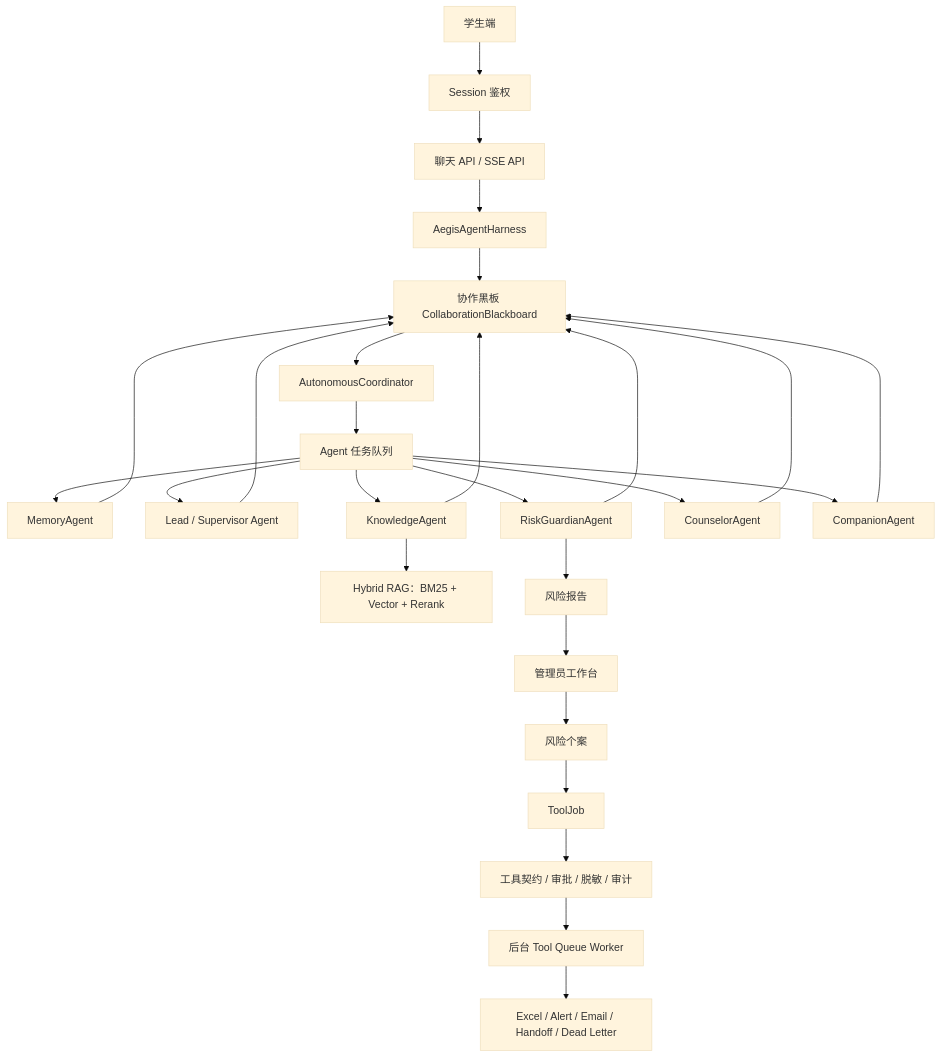
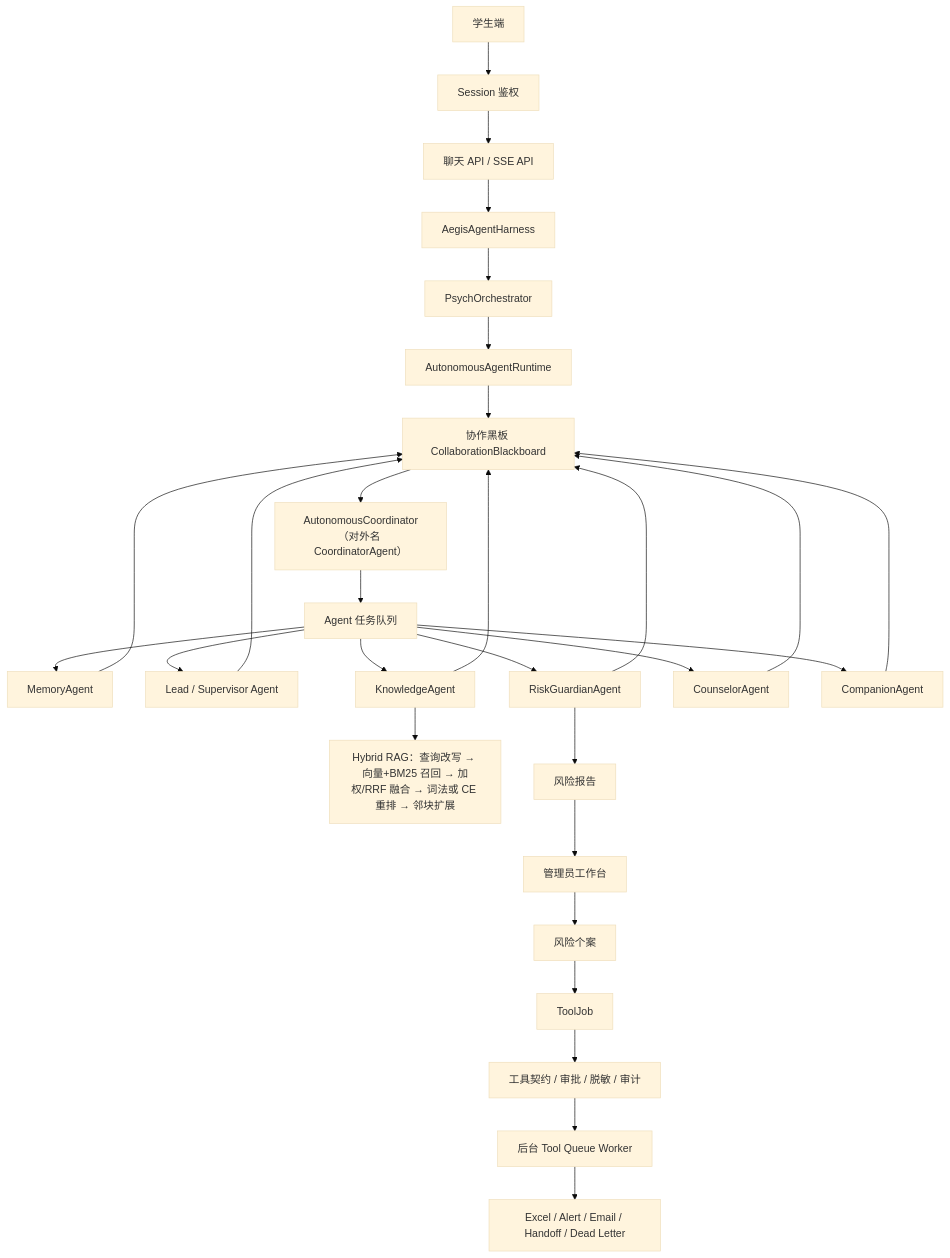
One commit to shangguanyunji663/Aegis-agent changed the diagram in docs/architecture.md. Above: the diagram before and after it, drawn with Mermaid (base theme). The commit also changed other lines of this file and 14 other files, not shown here.

````diff
--- a/docs/architecture.md
+++ b/docs/architecture.md
@@ -17,32 +17,34 @@
 ```mermaid
 flowchart TD
   Student["学生端"] --> Auth["Session 鉴权"]
   Auth --> ChatApi["聊天 API / SSE API"]
   ChatApi --> Harness["AegisAgentHarness"]
-  Harness --> Board["协作黑板 CollaborationBlackboard"]
-  Board --> Coordinator["AutonomousCoordinator"]
+  Harness --> Orchestrator["PsychOrchestrator"]
+  Orchestrator --> Runtime["AutonomousAgentRuntime"]
+  Runtime --> Board["协作黑板 CollaborationBlackboard"]
+  Board --> Coordinator["AutonomousCoordinator（对外名 CoordinatorAgent）"]
 
   Coordinator --> Tasks["Agent 任务队列"]
   Tasks --> Memory["MemoryAgent"]
   Tasks --> Lead["Lead / Supervisor Agent"]
   Tasks --> Risk["RiskGuardianAgent"]
   Tasks --> Knowledge["KnowledgeAgent"]
   Tasks --> Counselor["CounselorAgent"]
   Tasks --> Companion["CompanionAgent"]
 
   Memory --> Board
   Lead --> Board
   Risk --> Board
   Knowledge --> Board
   Counselor --> Board
   Companion --> Board
 
-  Knowledge --> Rag["Hybrid RAG：BM25 + Vector + Rerank"]
+  Knowledge --> Rag["Hybrid RAG：查询改写 → 向量+BM25 召回 → 加权/RRF 融合 → 词法或 CE 重排 → 邻块扩展"]
   Risk --> Reports["风险报告"]
   Reports --> Admin["管理员工作台"]
   Admin --> Cases["风险个案"]
   Cases --> ToolJobs["ToolJob"]
   ToolJobs --> Governance["工具契约 / 审批 / 脱敏 / 审计"]
   Governance --> Worker["后台 Tool Queue Worker"]
   Worker --> Outputs["Excel / Alert / Email / Handoff / Dead Letter"]
 ```
````
